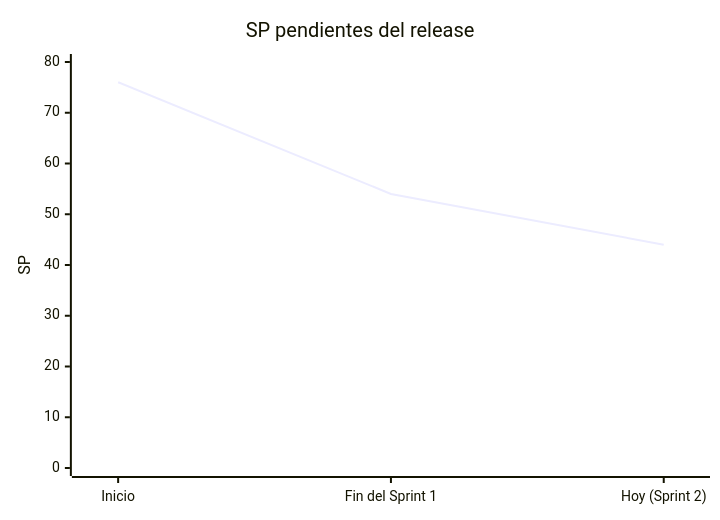
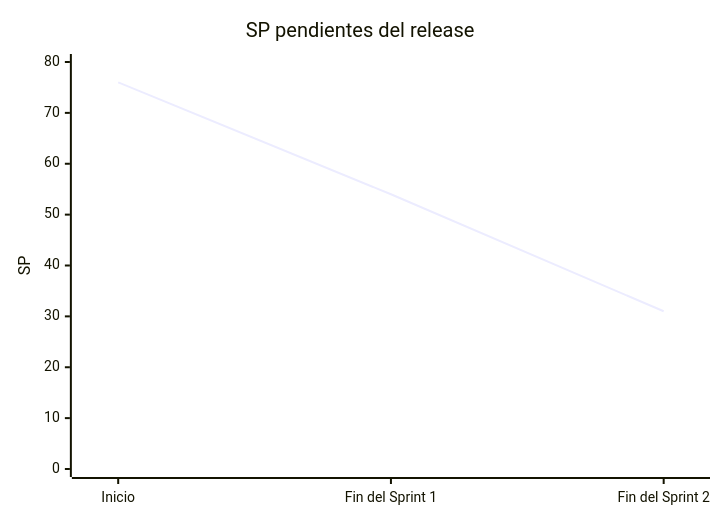
One commit to GabouLC/dq-center changed the diagram in docs/sprints/README.md. Above: the diagram before and after it, drawn with Mermaid. The commit also changed other lines of this file and 20 other files, not shown here.

````diff
--- a/docs/sprints/README.md
+++ b/docs/sprints/README.md
@@ -61,7 +61,7 @@
 ```mermaid
 xychart-beta
     title "SP pendientes del release"
-    x-axis ["Inicio", "Fin del Sprint 1", "Hoy (Sprint 2)"]
+    x-axis ["Inicio", "Fin del Sprint 1", "Fin del Sprint 2"]
     y-axis "SP" 0 --> 80
-    line [76, 54, 44]
+    line [76, 54, 31]
 ```
````
